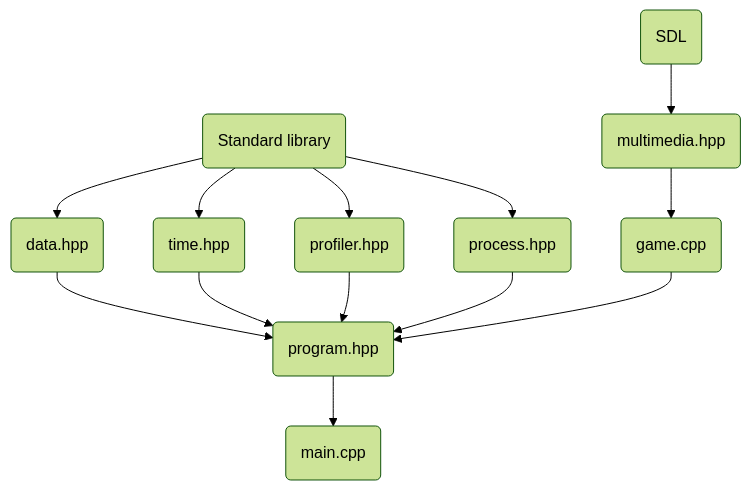
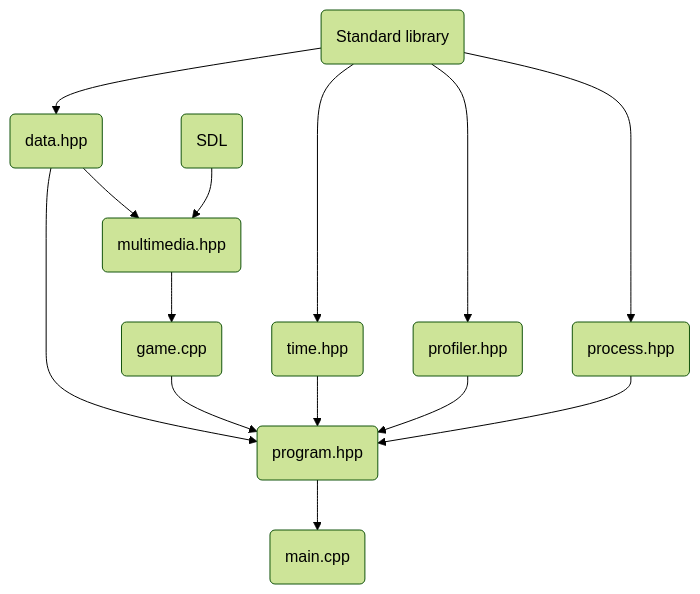
Before and after one commit to sibjor/ParkourRunner: the diagram in README.md, drawn with Mermaid (forest theme).

````diff
--- a/README.md
+++ b/README.md
@@ -11,10 +11,11 @@
 ```mermaid
 flowchart TD
     A(Standard library) --> B(data.hpp) --> I(program.hpp) --> J(main.cpp)
     A --> C(time.hpp) --> I
     A --> D(profiler.hpp) --> I
     A --> E(process.hpp) --> I
     F(SDL) --> G(multimedia.hpp)
+    B --> G
     G --> H(game.cpp) --> I
     
 ```
````
